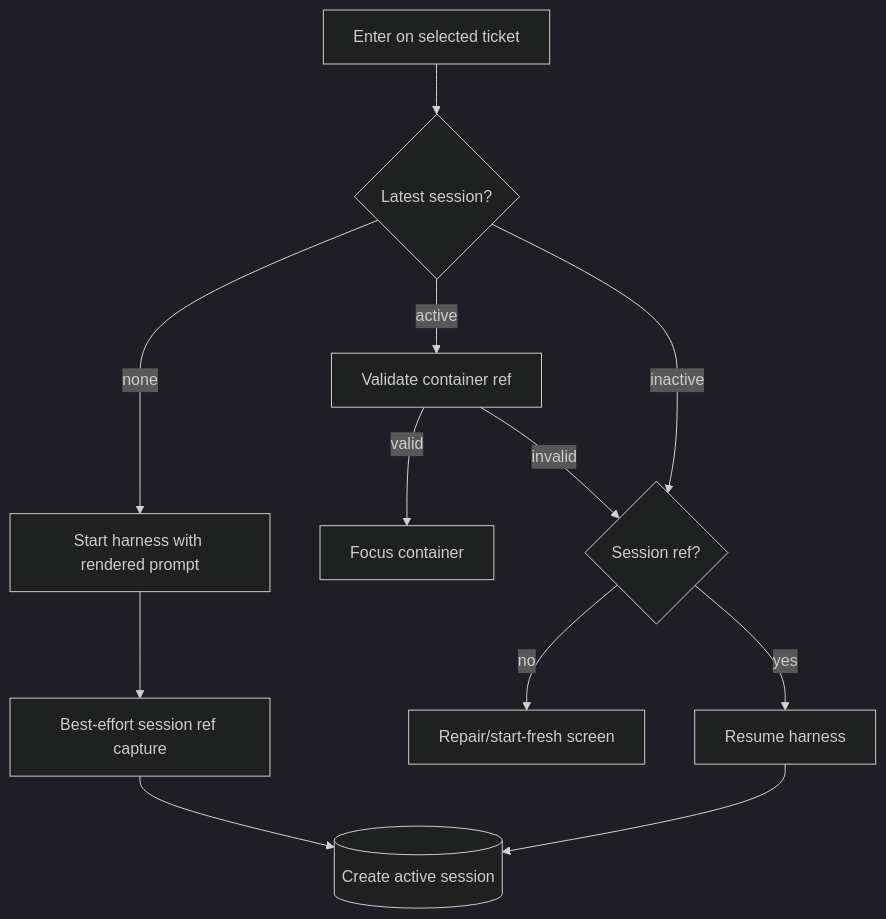
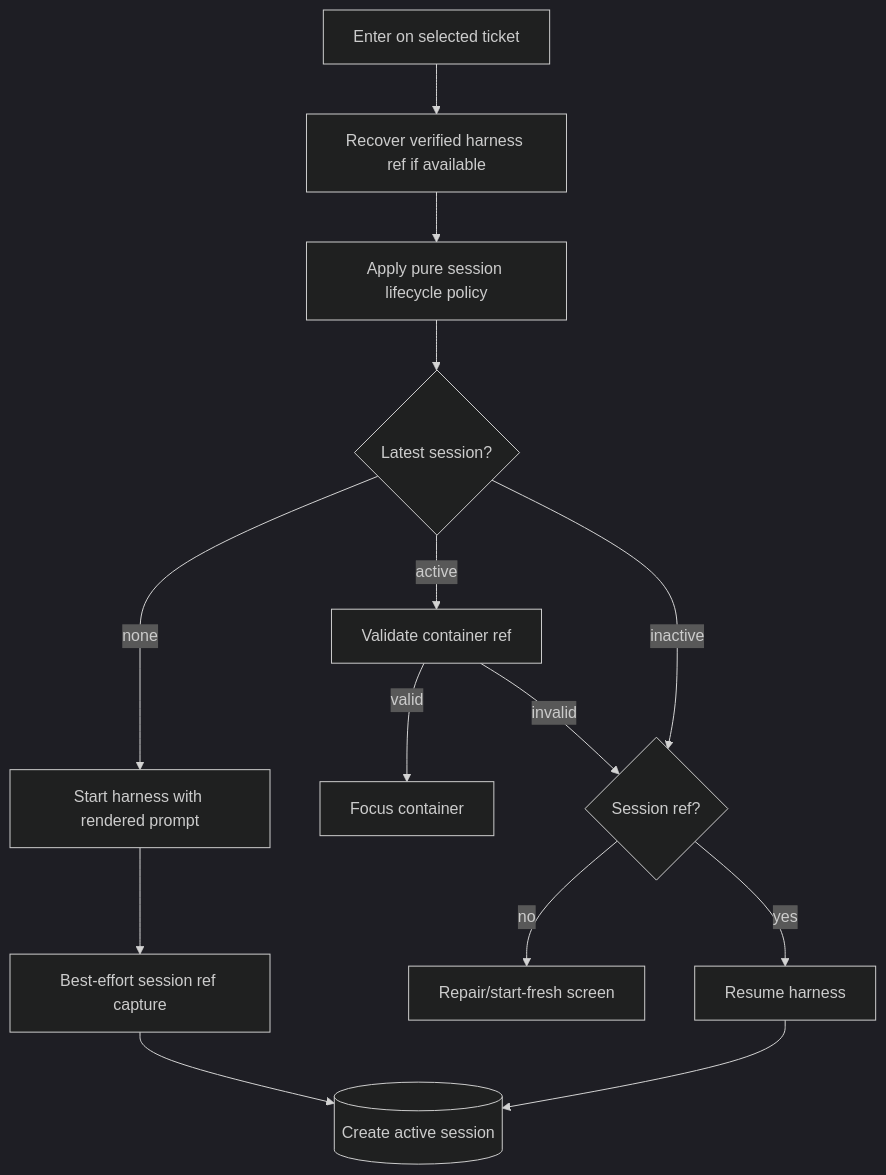
Before and after one commit to carlotran4/kanbi: the fourth of 5 diagrams in docs/architecture.md, drawn with Mermaid (dark theme). The commit also changed other lines of this file and 42 other files, not shown here.

````diff
--- a/docs/architecture.md
+++ b/docs/architecture.md
@@ -153,14 +159,16 @@
 ```mermaid
 flowchart TD
-    Enter[Enter on selected ticket] --> Latest{Latest session?}
+    Enter[Enter on selected ticket] --> Recover[Recover verified harness ref if available]
+    Recover --> Policy[Apply pure session lifecycle policy]
+    Policy --> Latest{Latest session?}
     Latest -- none --> Start[Start harness with rendered prompt]
     Latest -- active --> Validate[Validate container ref]
     Validate -- valid --> Switch[Focus container]
     Validate -- invalid --> Ref{Session ref?}
     Latest -- inactive --> Ref
     Ref -- yes --> Resume[Resume harness]
     Ref -- no --> Repair[Repair/start-fresh screen]
     Start --> Capture[Best-effort session ref capture]
     Capture --> Store[(Create/update active session metadata)]
     Resume --> Store[(Create active session)]
 ```
````
